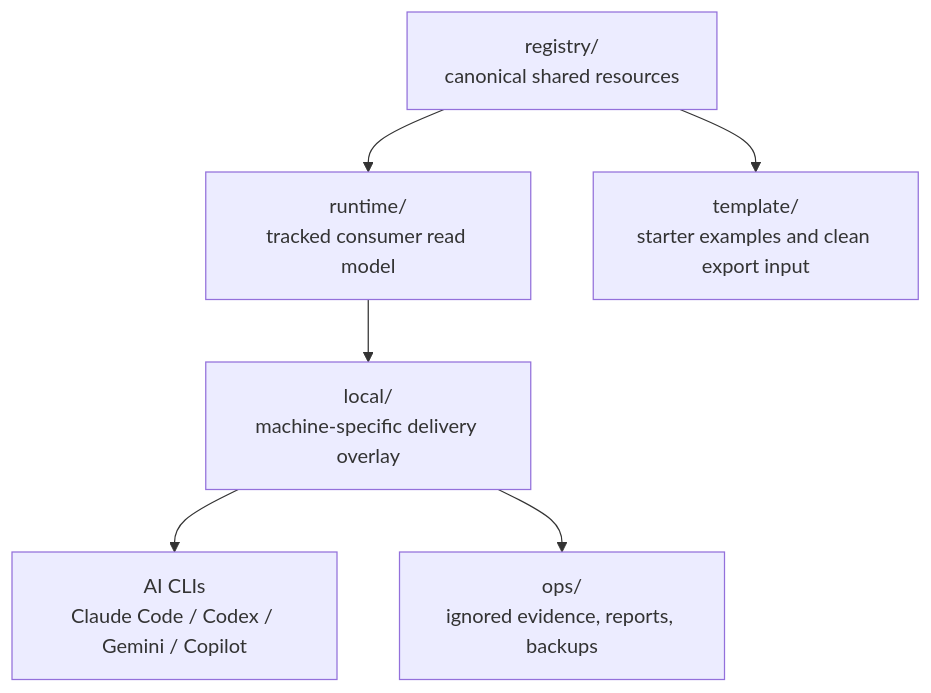
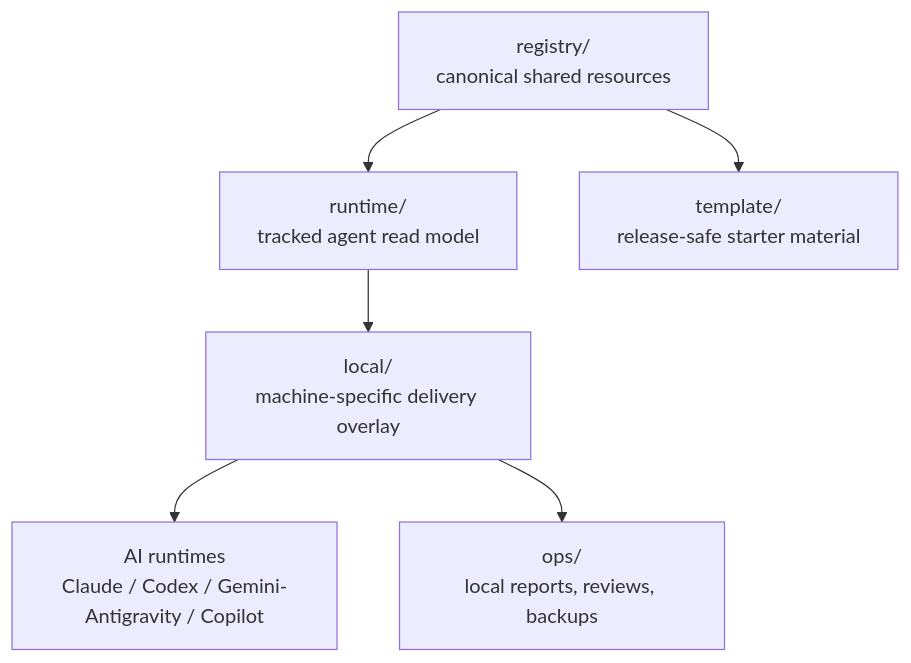
The diagram in README.md (pingqLIN/UniText), drawn with Mermaid before and after one commit. The commit also changed other lines of this file and 22 other files, not shown here.

````diff
--- a/README.md
+++ b/README.md
@@ -43,15 +44,15 @@
 ```mermaid
 flowchart TD
     Registry["registry/<br/>canonical shared resources"]
-    Runtime["runtime/<br/>tracked consumer read model"]
+    Runtime["runtime/<br/>tracked agent read model"]
     Local["local/<br/>machine-specific delivery overlay"]
-    Ops["ops/<br/>ignored evidence, reports, backups"]
-    Template["template/<br/>starter examples and clean export input"]
-    CLIs["AI CLIs<br/>Claude Code / Codex / Gemini / Copilot"]
+    Ops["ops/<br/>local reports, reviews, backups"]
+    Template["template/<br/>release-safe starter material"]
+    Hosts["AI runtimes<br/>Claude / Codex / Gemini-Antigravity / Copilot"]
 
     Registry --> Runtime
     Runtime --> Local
-    Local --> CLIs
+    Local --> Hosts
     Registry --> Template
     Local --> Ops
 ```
````
